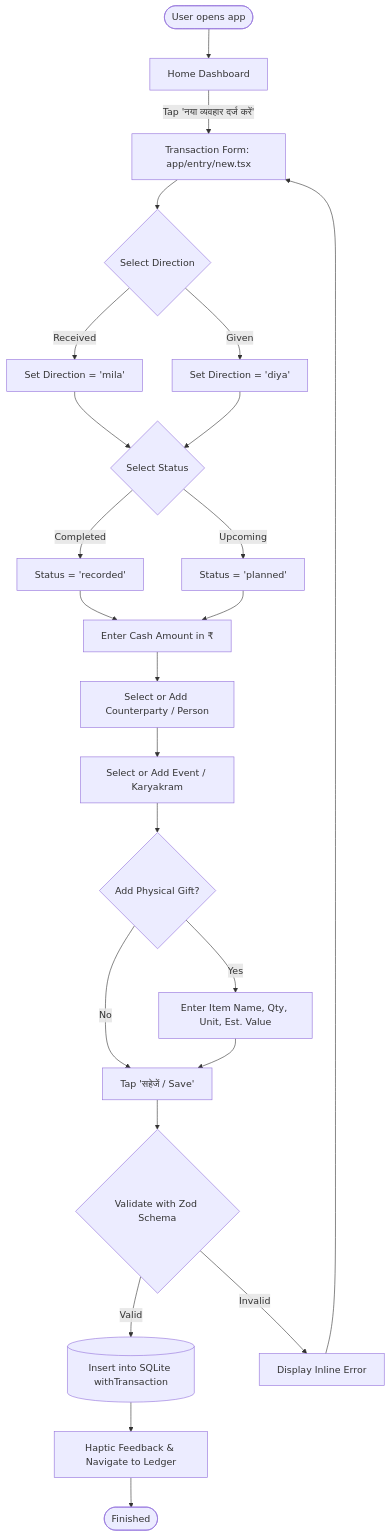
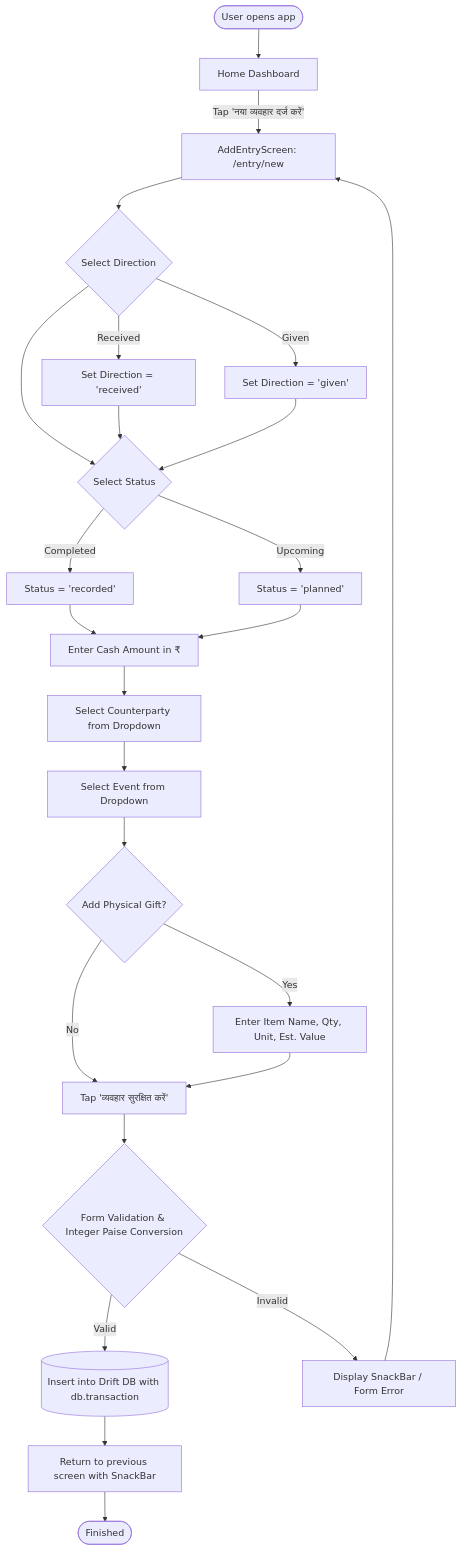
The first of 4 diagrams in docs/USER_FLOWS.md (igjitendra/Vivah), drawn with Mermaid before and after one commit. The commit also changed other lines of this file and 32 other files, not shown here.

````diff
--- a/docs/USER_FLOWS.md
+++ b/docs/USER_FLOWS.md
@@ -10,26 +11,27 @@
 ```mermaid
 flowchart TD
     Start([User opens app]) --> Home[Home Dashboard]
-    Home -->|Tap 'नया व्यवहार दर्ज करें'| EntryForm[Transaction Form: app/entry/new.tsx]
+    Home -->|Tap 'नया व्यवहार दर्ज करें'| EntryForm[AddEntryScreen: /entry/new]
     EntryForm --> SelectDir{Select Direction}
-    SelectDir -->|Received| Mila[Set Direction = 'mila']
-    SelectDir -->|Given| Diya[Set Direction = 'diya']
-    Mila --> SelectStatus{Select Status}
+    SelectDir -->|Received| Mila[Set Direction = 'received']
+    SelectDir -->|Given| Diya[Set Direction = 'given']
+    SelectDir --> SelectStatus{Select Status}
+    Mila --> SelectStatus
     Diya --> SelectStatus
     SelectStatus -->|Completed| StatusRec[Status = 'recorded']
     SelectStatus -->|Upcoming| StatusPlan[Status = 'planned']
     StatusRec --> EnterAmount[Enter Cash Amount in ₹]
     StatusPlan --> EnterAmount
-    EnterAmount --> SelectPerson[Select or Add Counterparty / Person]
-    SelectPerson --> SelectEvent[Select or Add Event / Karyakram]
+    EnterAmount --> SelectPerson[Select Counterparty from Dropdown]
+    SelectPerson --> SelectEvent[Select Event from Dropdown]
     SelectEvent --> AddGiftPrompt{Add Physical Gift?}
     AddGiftPrompt -->|Yes| AddGift[Enter Item Name, Qty, Unit, Est. Value]
-    AddGiftPrompt -->|No| Submit[Tap 'सहेजें / Save']
+    AddGiftPrompt -->|No| Submit[Tap 'व्यवहार सुरक्षित करें']
     AddGift --> Submit
-    Submit --> Validate{Validate with Zod Schema}
-    Validate -->|Valid| SaveDB[(Insert into SQLite withTransaction)]
-    Validate -->|Invalid| ShowError[Display Inline Error]
+    Submit --> Validate{Form Validation & Integer Paise Conversion}
+    Validate -->|Valid| SaveDB[(Insert into Drift DB with db.transaction)]
+    Validate -->|Invalid| ShowError[Display SnackBar / Form Error]
     ShowError --> EntryForm
-    SaveDB --> Success[Haptic Feedback & Navigate to Ledger]
+    SaveDB --> Success[Return to previous screen with SnackBar]
     Success --> End([Finished])
 ```
````
